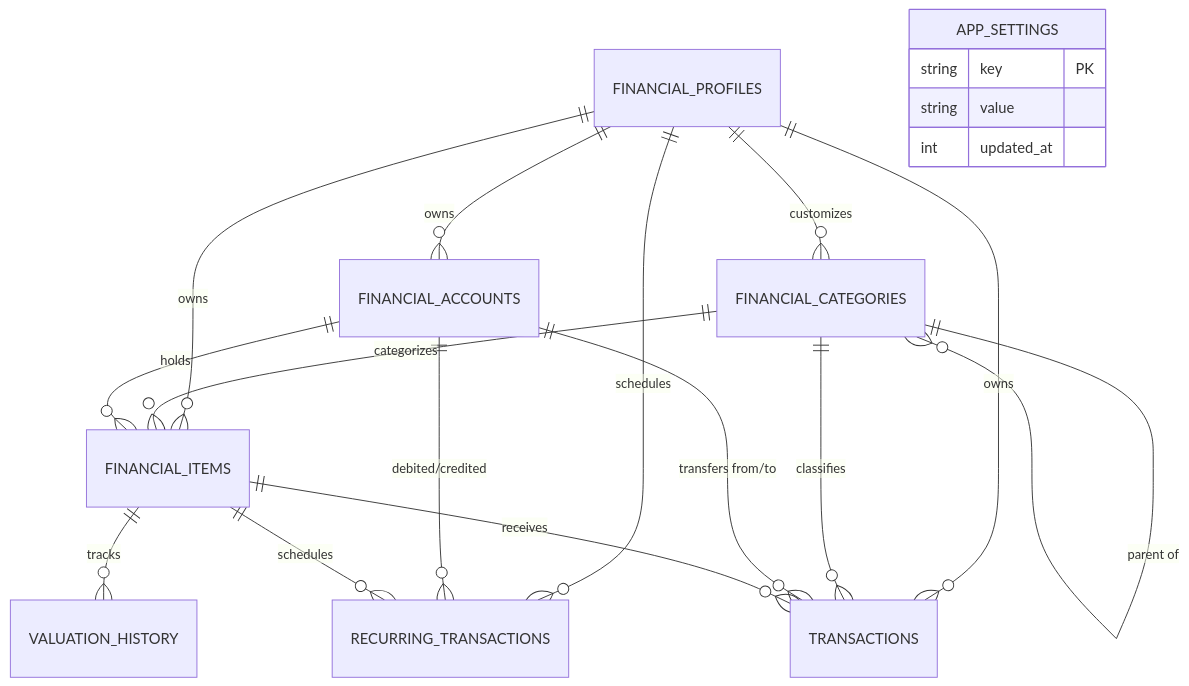
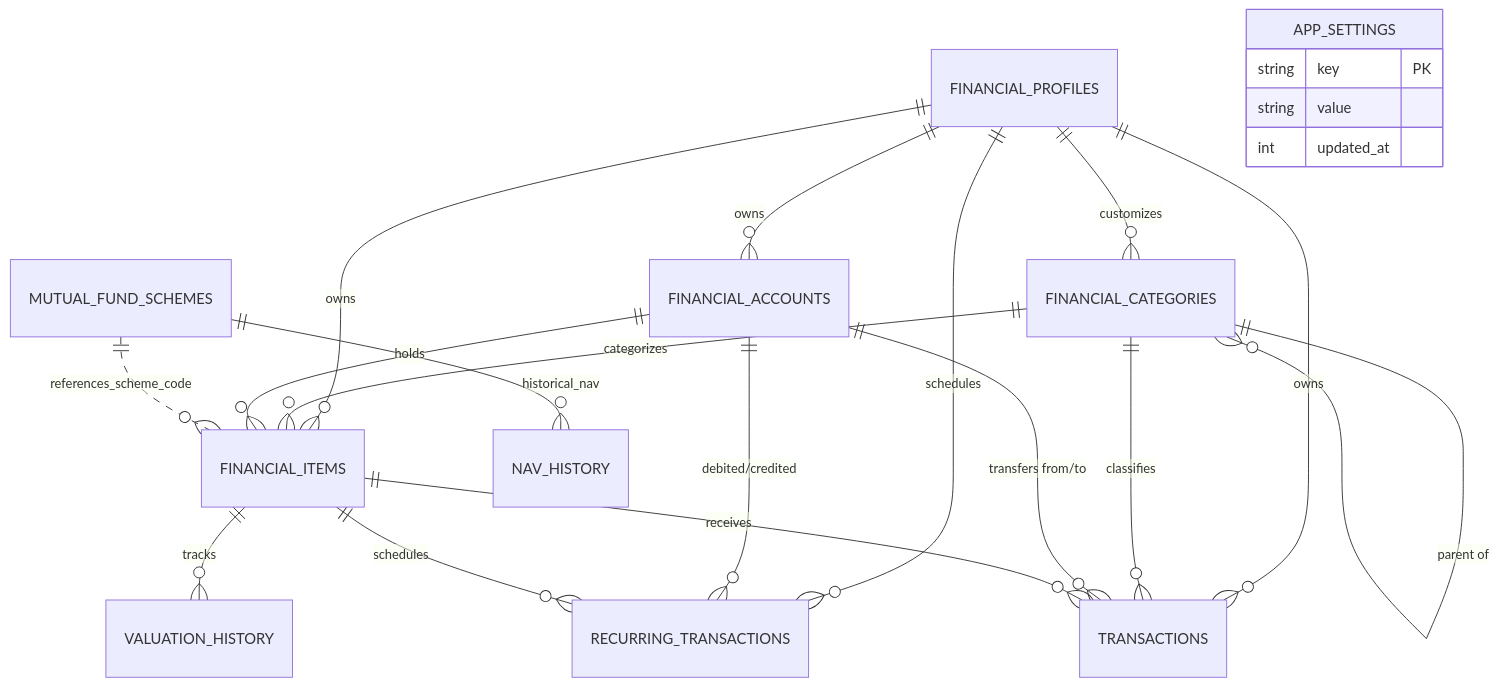
The diagram in docs/essential-architecture.md (AmruthLP12/fin-balance), drawn with Mermaid before and after one commit. The commit also changed other lines of this file and 26 other files, not shown here.

Commit message:
feat: implement mutual fund scheme and NAV integration layer

````diff
--- a/docs/essential-architecture.md
+++ b/docs/essential-architecture.md
@@ -32,22 +32,24 @@
 ```mermaid
 erDiagram
     FINANCIAL_PROFILES ||--o{ FINANCIAL_ACCOUNTS : "owns"
     FINANCIAL_PROFILES ||--o{ FINANCIAL_ITEMS : "owns"
     FINANCIAL_PROFILES ||--o{ TRANSACTIONS : "owns"
     FINANCIAL_PROFILES ||--o{ RECURRING_TRANSACTIONS : "schedules"
     FINANCIAL_PROFILES ||--o{ FINANCIAL_CATEGORIES : "customizes"
     FINANCIAL_CATEGORIES ||--o{ FINANCIAL_CATEGORIES : "parent of"
     FINANCIAL_CATEGORIES ||--o{ FINANCIAL_ITEMS : "categorizes"
     FINANCIAL_CATEGORIES ||--o{ TRANSACTIONS : "classifies"
     FINANCIAL_ACCOUNTS ||--o{ FINANCIAL_ITEMS : "holds"
     FINANCIAL_ACCOUNTS ||--o{ TRANSACTIONS : "transfers from/to"
     FINANCIAL_ACCOUNTS ||--o{ RECURRING_TRANSACTIONS : "debited/credited"
     FINANCIAL_ITEMS ||--o{ TRANSACTIONS : "receives"
     FINANCIAL_ITEMS ||--o{ VALUATION_HISTORY : "tracks"
     FINANCIAL_ITEMS ||--o{ RECURRING_TRANSACTIONS : "schedules"
+    MUTUAL_FUND_SCHEMES ||--o{ NAV_HISTORY : "historical_nav"
+    MUTUAL_FUND_SCHEMES ||..o{ FINANCIAL_ITEMS : "references_scheme_code"
     APP_SETTINGS {
         string key PK
         string value
         int updated_at
     }
 ```
````
